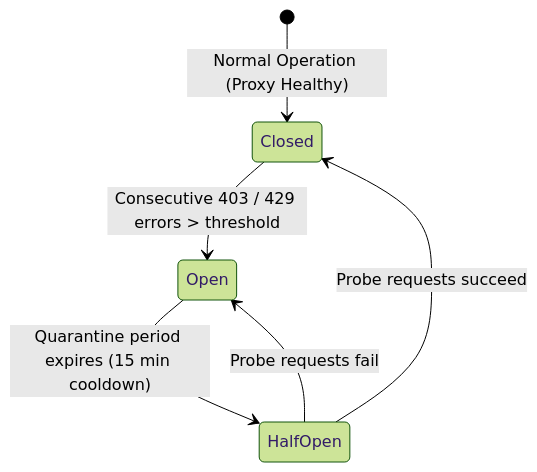
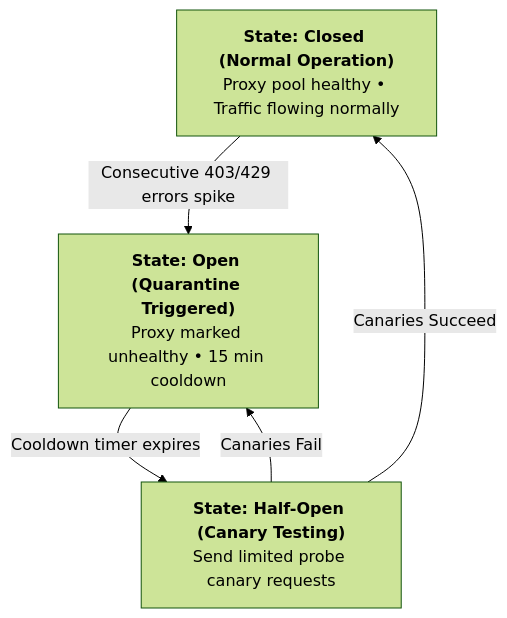
Before and after one commit to naimurhasan/naimurhasan.github.io: the third of 3 diagrams in _posts/2026-11-06-how-to-design-scraping-systems-for-millions-of-requests.md, drawn with Mermaid (forest theme). The commit also changed other lines of this file and 28 other files, not shown here.

Commit message:
fix(blog): refactor all Mermaid diagrams to vertical legible layouts and restore in-body illustrations

````diff
--- a/_posts/2026-11-06-how-to-design-scraping-systems-for-millions-of-requests.md
+++ b/_posts/2026-11-06-how-to-design-scraping-systems-for-millions-of-requests.md
@@ -111,8 +110,7 @@
 ```mermaid
-stateDiagram-v2
-  [*] --> Closed: Normal Operation (Proxy Healthy)
-  Closed --> Open: Consecutive 403 / 429 errors > threshold
-  Open --> HalfOpen: Quarantine period expires (15 min cooldown)
-  HalfOpen --> Closed: Probe requests succeed
-  HalfOpen --> Open: Probe requests fail
+flowchart TD
+  Closed["<b>State: Closed (Normal Operation)</b><br/>Proxy pool healthy • Traffic flowing normally"] -->|Consecutive 403/429 errors spike| Open["<b>State: Open (Quarantine Triggered)</b><br/>Proxy marked unhealthy • 15 min cooldown"]
+  Open -->|Cooldown timer expires| HalfOpen["<b>State: Half-Open (Canary Testing)</b><br/>Send limited probe canary requests"]
+  HalfOpen -->|Canaries Succeed| Closed
+  HalfOpen -->|Canaries Fail| Open
 ```
````
